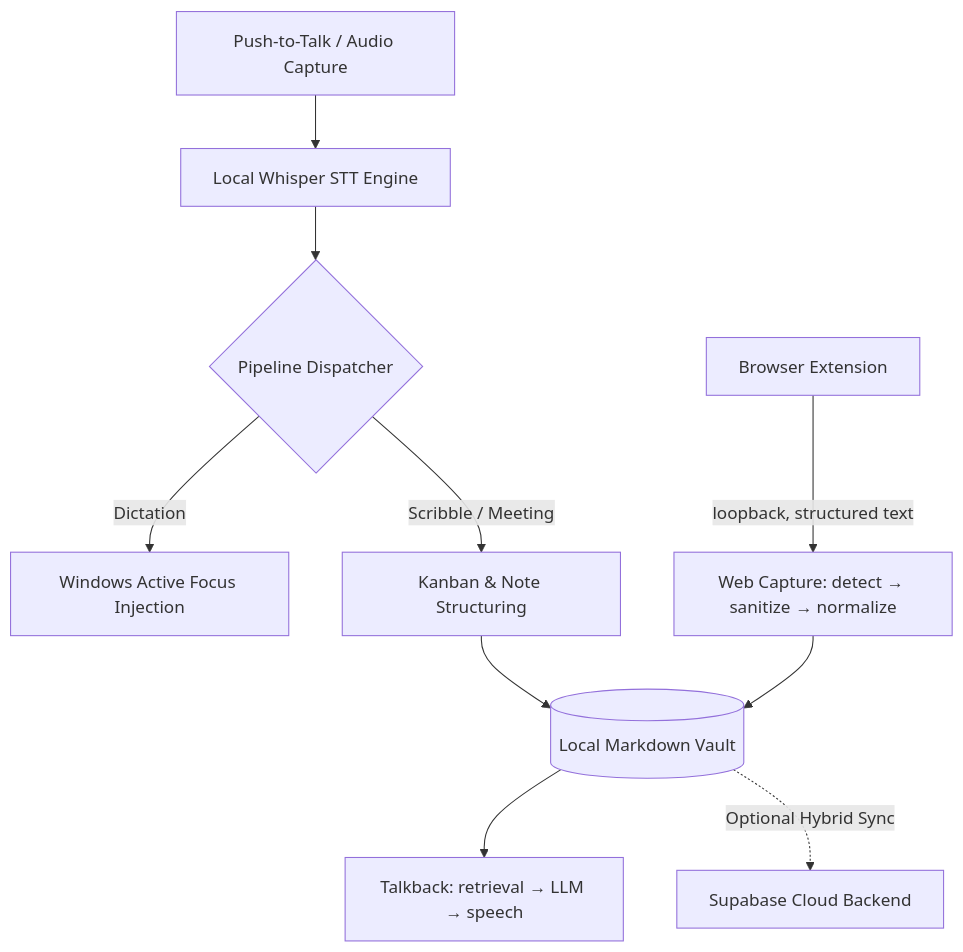
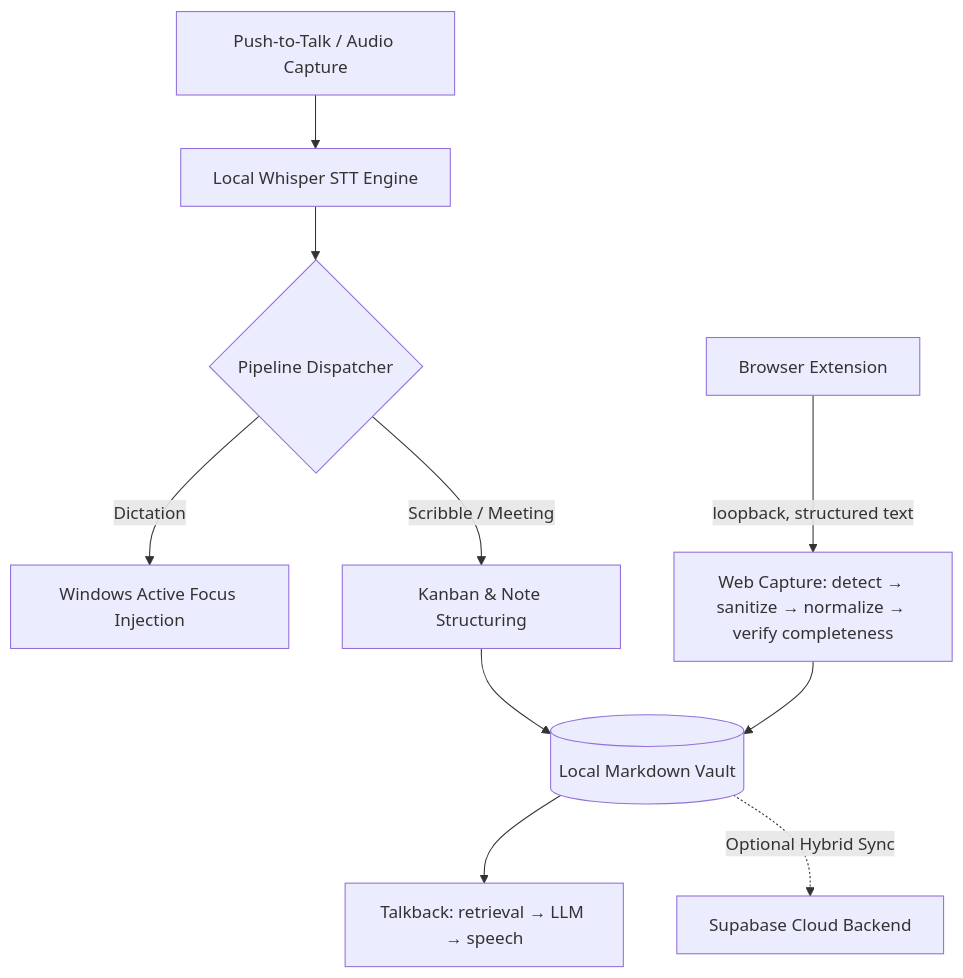
Before and after one commit to Nitinsudarshan/Relay: the diagram in README.md, drawn with Mermaid. The commit also changed other lines of this file and 60 other files, not shown here.

````diff
--- a/README.md
+++ b/README.md
@@ -81,12 +81,12 @@
 ```mermaid
 flowchart TD
     A[Push-to-Talk / Audio Capture] --> B[Local Whisper STT Engine]
     B --> C{Pipeline Dispatcher}
     C -->|Dictation| D[Windows Active Focus Injection]
     C -->|Scribble / Meeting| E[Kanban & Note Structuring]
-    W[Browser Extension] -->|loopback, structured text| X[Web Capture: detect → sanitize → normalize]
+    W[Browser Extension] -->|loopback, structured text| X[Web Capture: detect → sanitize → normalize → verify completeness]
     X --> F[(Local Markdown Vault)]
     E --> F
     F --> H[Talkback: retrieval → LLM → speech]
     F -.->|Optional Hybrid Sync| G[Supabase Cloud Backend]
 ```
````
